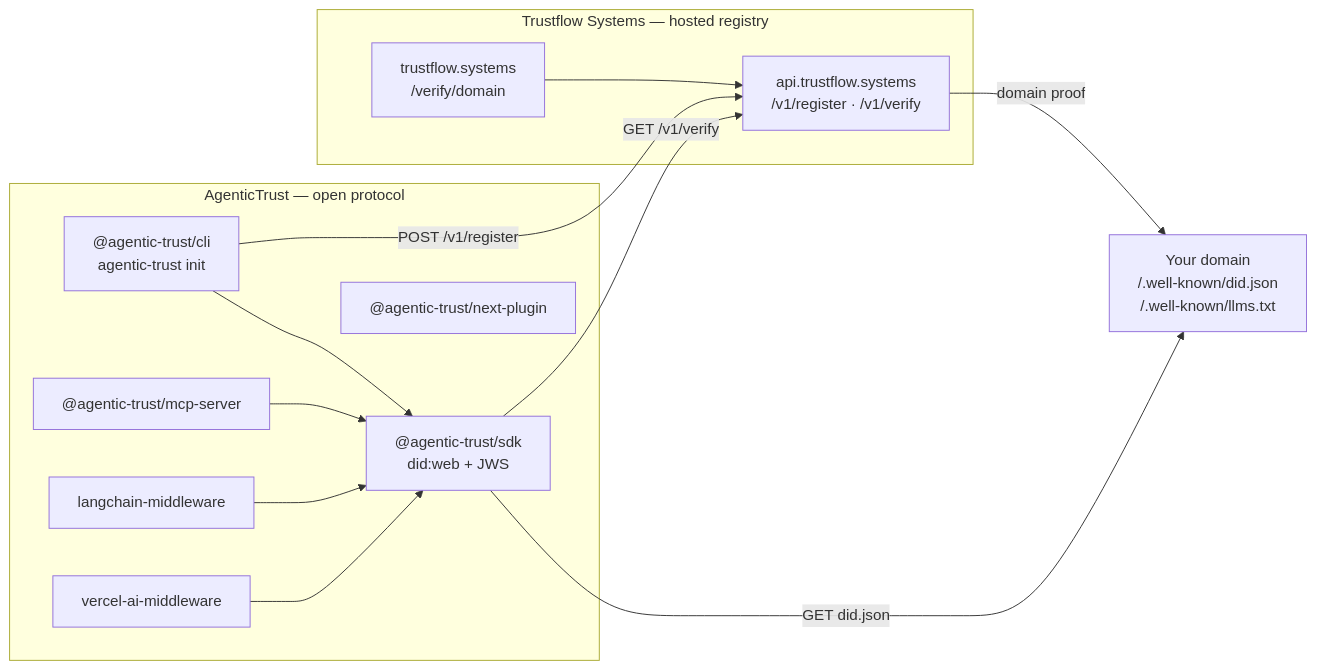
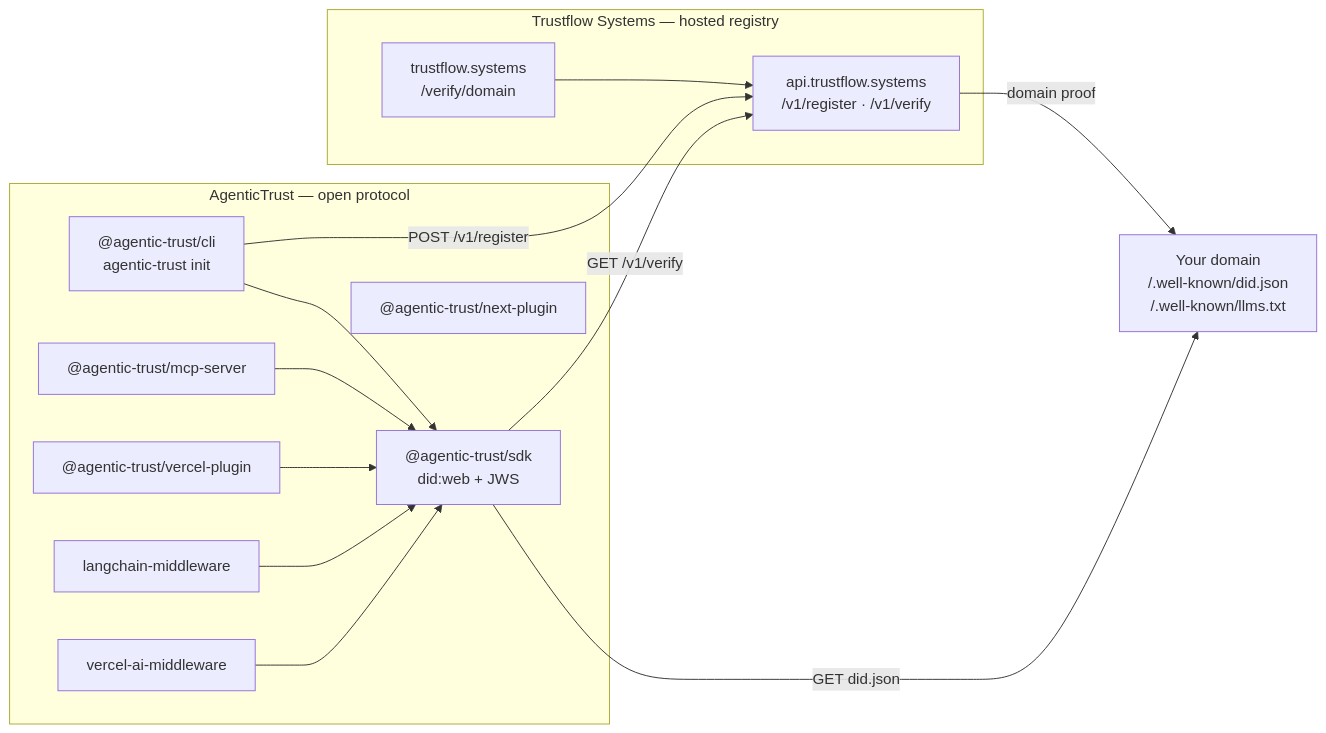
One commit to etienne-source/agent-trust-sdk changed the diagram in README.md. Above: the diagram before and after it, drawn with Mermaid. The commit also changed other lines of this file and 101 other files, not shown here.

````diff
--- a/README.md
+++ b/README.md
@@ -25,28 +25,30 @@
 ```mermaid
 flowchart LR
   subgraph agents [AgenticTrust — open protocol]
     CLI["@agentic-trust/cli<br/>agentic-trust init"]
     SDK["@agentic-trust/sdk<br/>did:web + JWS"]
     MCP["@agentic-trust/mcp-server"]
     NEXT["@agentic-trust/next-plugin"]
+    VERCEL["@agentic-trust/vercel-plugin"]
     LC["langchain-middleware"]
     VAI["vercel-ai-middleware"]
   end
 
   subgraph registry [Trustflow Systems — hosted registry]
     SITE["trustflow.systems<br/>/verify/domain"]
     API["api.trustflow.systems<br/>/v1/register · /v1/verify"]
   end
 
   DOMAIN["Your domain<br/>/.well-known/did.json<br/>/.well-known/llms.txt"]
 
   CLI --> SDK
   MCP --> SDK
   LC --> SDK
   VAI --> SDK
+  VERCEL --> SDK
   CLI -->|"POST /v1/register"| API
   SDK -->|"GET did.json"| DOMAIN
   SDK -->|"GET /v1/verify"| API
   SITE --> API
   API -->|"domain proof"| DOMAIN
 ```
````
